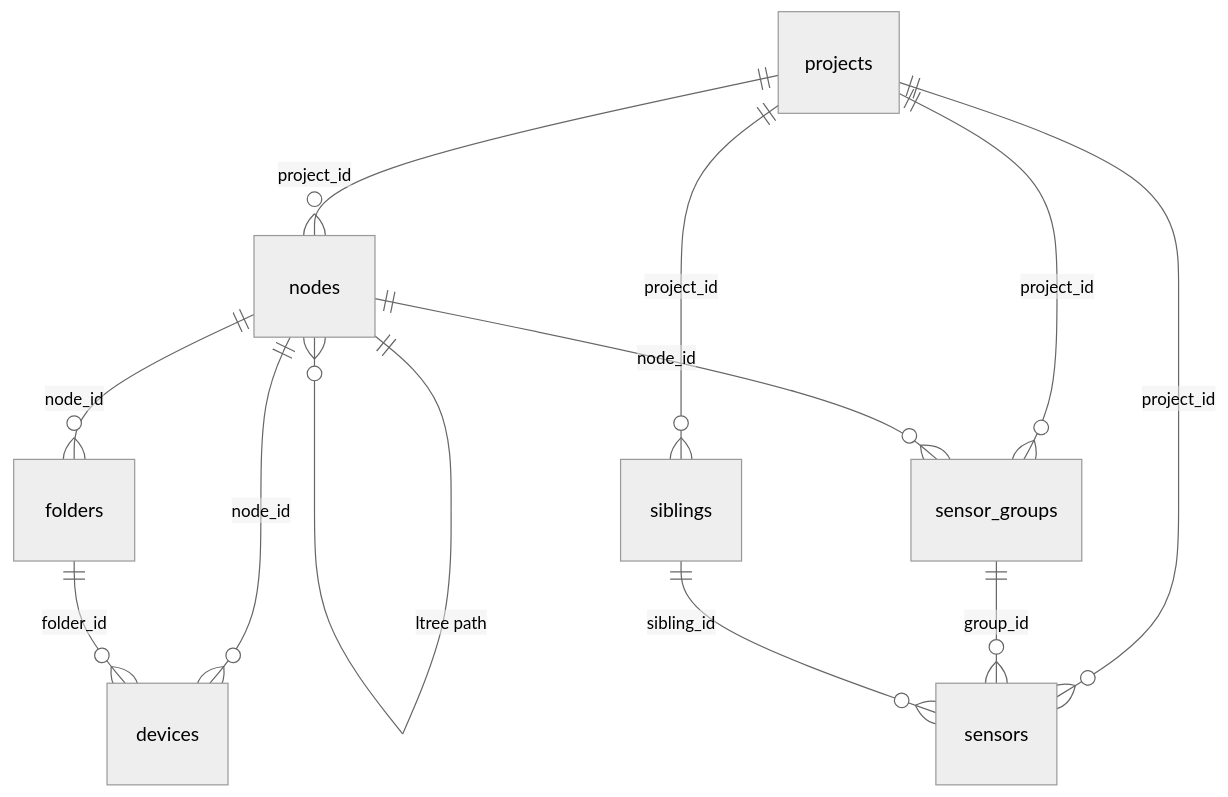
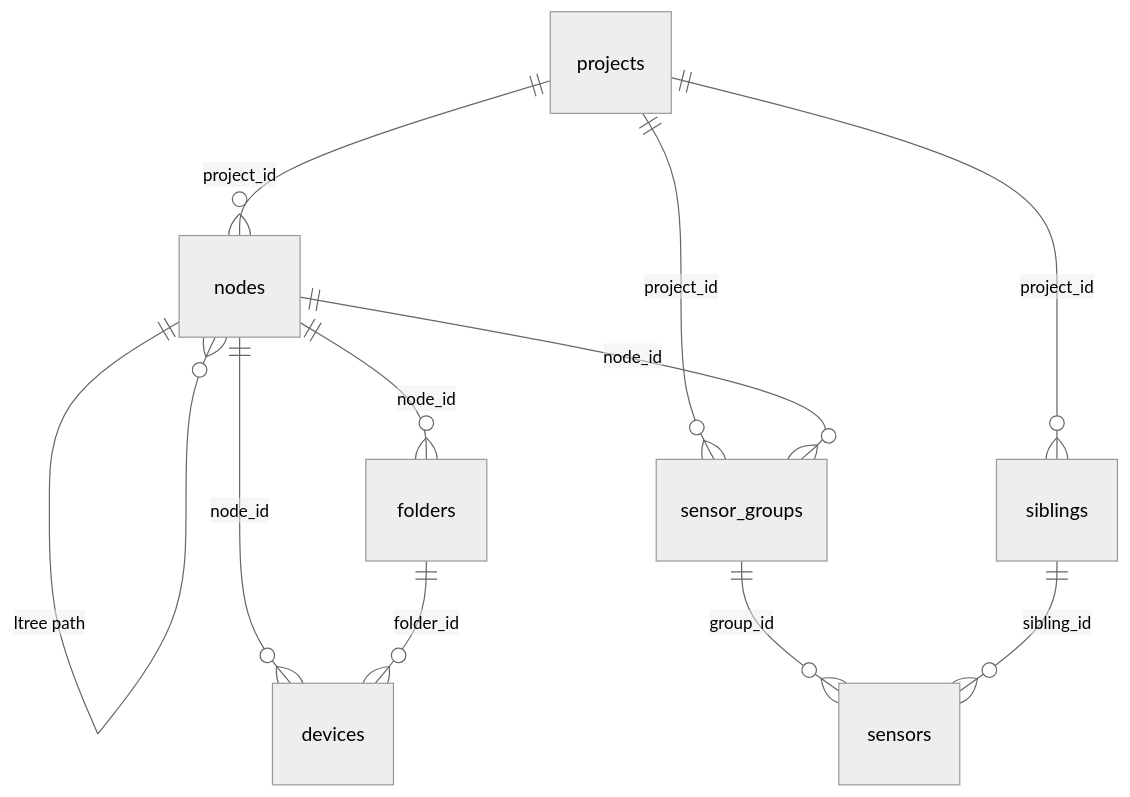
Before and after one commit to inbm-company/geoverse--: the second of 5 diagrams in server/관리-서버.md, drawn with Mermaid (neutral theme). The commit also changed other lines of this file, not shown here.

````diff
--- a/server/관리-서버.md
+++ b/server/관리-서버.md
@@ -50,14 +52,13 @@
 ```mermaid
 erDiagram
     projects ||--o{ nodes : "project_id"
-    projects ||--o{ sensor_groups : "project_id"
-    projects ||--o{ sensors : "project_id"
     projects ||--o{ siblings : "project_id"
     nodes ||--o{ nodes : "ltree path"
     nodes ||--o{ folders : "node_id"
     nodes ||--o{ devices : "node_id"
+    folders ||--o{ devices : "folder_id"
+    projects ||--o{ sensor_groups : "project_id"
     nodes ||--o{ sensor_groups : "node_id"
-    folders ||--o{ devices : "folder_id"
     sensor_groups ||--o{ sensors : "group_id"
     siblings ||--o{ sensors : "sibling_id"
 ```
````
